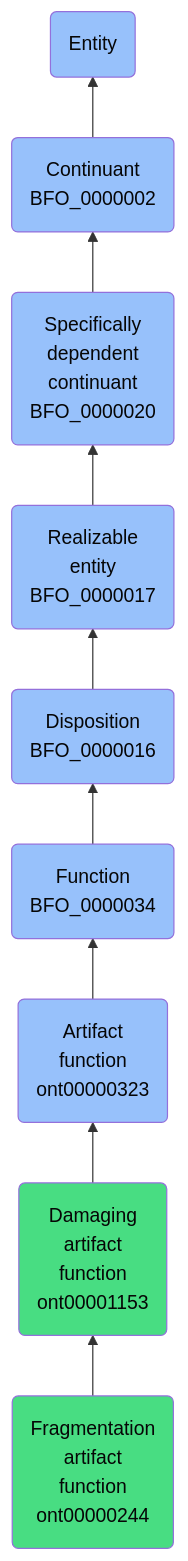
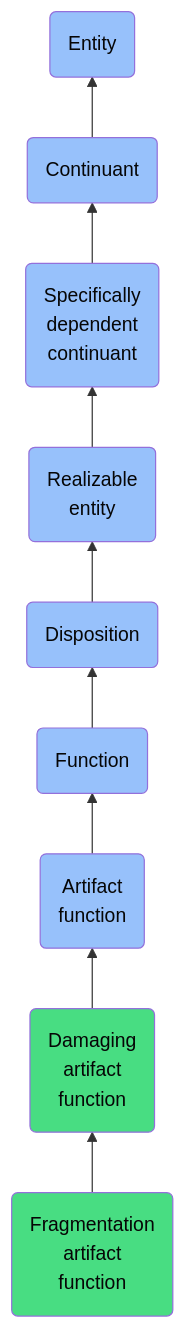
Before and after one commit to jupyter-naas/abi: the diagram in docs/ontology/reference/model/Entity/Continuant/Specifically dependent continuant/Realizable entity/Disposition/Function/Artifact function/Damaging artifact function/Fragmentation artifact function/Fragmentation artifact function.md, drawn with Mermaid. The commit also changed other lines of this file and 1430 other files, not shown here.

````diff
--- a/docs/ontology/reference/model/Entity/Continuant/Specifically dependent continuant/Realizable entity/Disposition/Function/Artifact function/Damaging artifact function/Fragmentation artifact function/Fragmentation artifact function.md
+++ b/docs/ontology/reference/model/Entity/Continuant/Specifically dependent continuant/Realizable entity/Disposition/Function/Artifact function/Damaging artifact function/Fragmentation artifact function/Fragmentation artifact function.md
@@ -24,16 +24,16 @@
 ```mermaid
 graph BT
-    ont00000244(Fragmentation<br>artifact<br>function<br>ont00000244):::ABI-->ont00001153
-    ont00001153(Damaging<br>artifact<br>function<br>ont00001153):::ABI-->ont00000323
-    ont00000323(Artifact<br>function<br>ont00000323):::BFO-->BFO_0000034
-    BFO_0000034(Function<br>BFO_0000034):::BFO-->BFO_0000016
-    BFO_0000016(Disposition<br>BFO_0000016):::BFO-->BFO_0000017
-    BFO_0000017(Realizable<br>entity<br>BFO_0000017):::BFO-->BFO_0000020
-    BFO_0000020(Specifically<br>dependent<br>continuant<br>BFO_0000020):::BFO-->BFO_0000002
-    BFO_0000002(Continuant<br>BFO_0000002):::BFO-->BFO_0000001
+    ont00000244(Fragmentation<br>artifact<br>function):::ABI-->ont00001153
+    ont00001153(Damaging<br>artifact<br>function):::ABI-->ont00000323
+    ont00000323(Artifact<br>function):::BFO-->BFO_0000034
+    BFO_0000034(Function):::BFO-->BFO_0000016
+    BFO_0000016(Disposition):::BFO-->BFO_0000017
+    BFO_0000017(Realizable<br>entity):::BFO-->BFO_0000020
+    BFO_0000020(Specifically<br>dependent<br>continuant):::BFO-->BFO_0000002
+    BFO_0000002(Continuant):::BFO-->BFO_0000001
     BFO_0000001(Entity):::BFO
     
     classDef BFO fill:#97c1fb,color:#060606
     classDef CCO fill:#e4c51e,color:#060606
     classDef ABI fill:#48DD82,color:#060606
 ```
````
